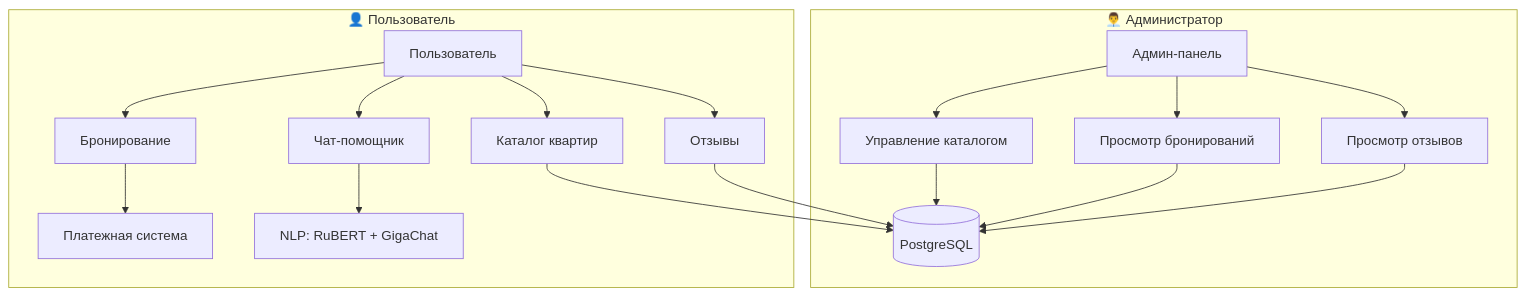
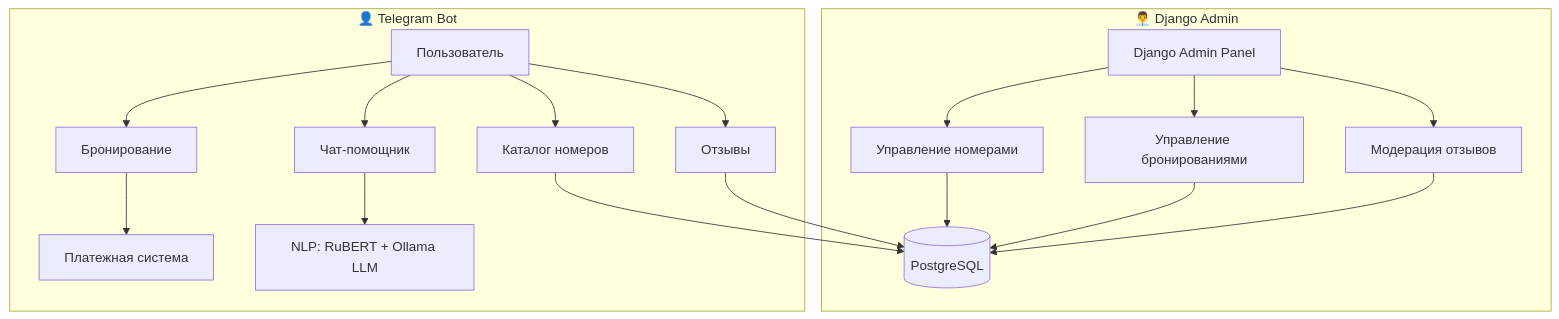
Before and after one commit to fetgrigory/RentalsApartment_bot: the diagram in README.md, drawn with Mermaid. The commit also changed other lines of this file, not shown here.

````diff
--- a/README.md
+++ b/README.md
@@ -26,22 +27,22 @@
 ```mermaid
 graph TD
-    subgraph "👨‍💼 Администратор"
-        A[Админ-панель] --> B[Управление каталогом]
-        A --> C[Просмотр бронирований]
-        A --> D[Просмотр отзывов]
+    subgraph "👨‍💼 Django Admin"
+        A[Django Admin Panel] --> B[Управление номерами]
+        A --> C[Управление бронированиями]
+        A --> D[Модерация отзывов]
         B --> PostgreSQL[(PostgreSQL)]
         C --> PostgreSQL
         D --> PostgreSQL
     end
 
-    subgraph "👤 Пользователь"
-        U[Пользователь] --> E[Каталог квартир]
+    subgraph "👤 Telegram Bot"
+        U[Пользователь] --> E[Каталог номеров]
         U --> F[Бронирование]
         U --> G[Отзывы]
         U --> H[Чат-помощник]
         E --> PostgreSQL
         F --> Payment[Платежная система]
         G --> PostgreSQL
-        H --> NLP[NLP: RuBERT + GigaChat]
+        H --> NLP[NLP: RuBERT + Ollama LLM]
     end
 ```
````
